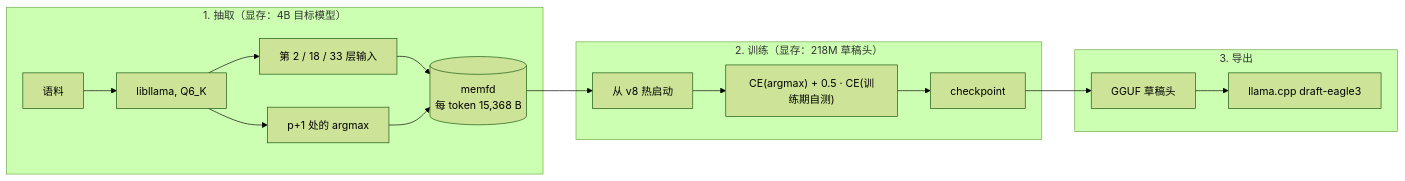
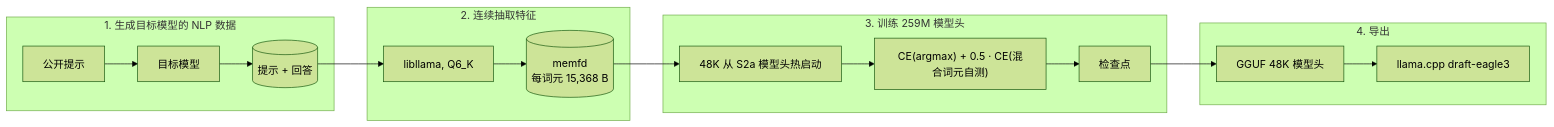
The diagram in README.cn.md (TiaoFeng/spark-eagle3-forge), drawn with Mermaid (forest theme) before and after one commit. The commit also changed other lines of this file and 1 other file, not shown here.

````diff
--- a/README.cn.md
+++ b/README.cn.md
@@ -51,19 +52,20 @@
 ```mermaid
 flowchart LR
-    subgraph extract["1. 抽取（显存：4B 目标模型）"]
-        A[语料] --> B[libllama, Q6_K]
-        B --> C["第 2 / 18 / 33 层输入"]
-        B --> D["p+1 处的 argmax"]
-        C --> E[(memfd<br/>每 token 15,368 B)]
-        D --> E
+    subgraph gen["1. 生成目标模型的 NLP 数据"]
+        A[公开提示] --> B[目标模型]
+        B --> C[(提示 + 回答)]
     end
-    subgraph train["2. 训练（显存：218M 草稿头）"]
-        E --> F[从 v8 热启动]
-        F --> G["CE(argmax) + 0.5 · CE(训练期自测)"]
-        G --> H[checkpoint]
+    subgraph ext["2. 连续抽取特征"]
+        C --> D[libllama, Q6_K]
+        D --> E[(memfd<br/>每词元 15,368 B)]
     end
-    subgraph export["3. 导出"]
-        H --> I[GGUF 草稿头]
+    subgraph train["3. 训练 259M 模型头"]
+        E --> F[48K 从 S2a 模型头热启动]
+        F --> G["CE(argmax) + 0.5 · CE(混合词元自测)"]
+        G --> H[检查点]
+    end
+    subgraph export["4. 导出"]
+        H --> I[GGUF 48K 模型头]
         I --> J["llama.cpp draft-eagle3"]
     end
 ```
````
